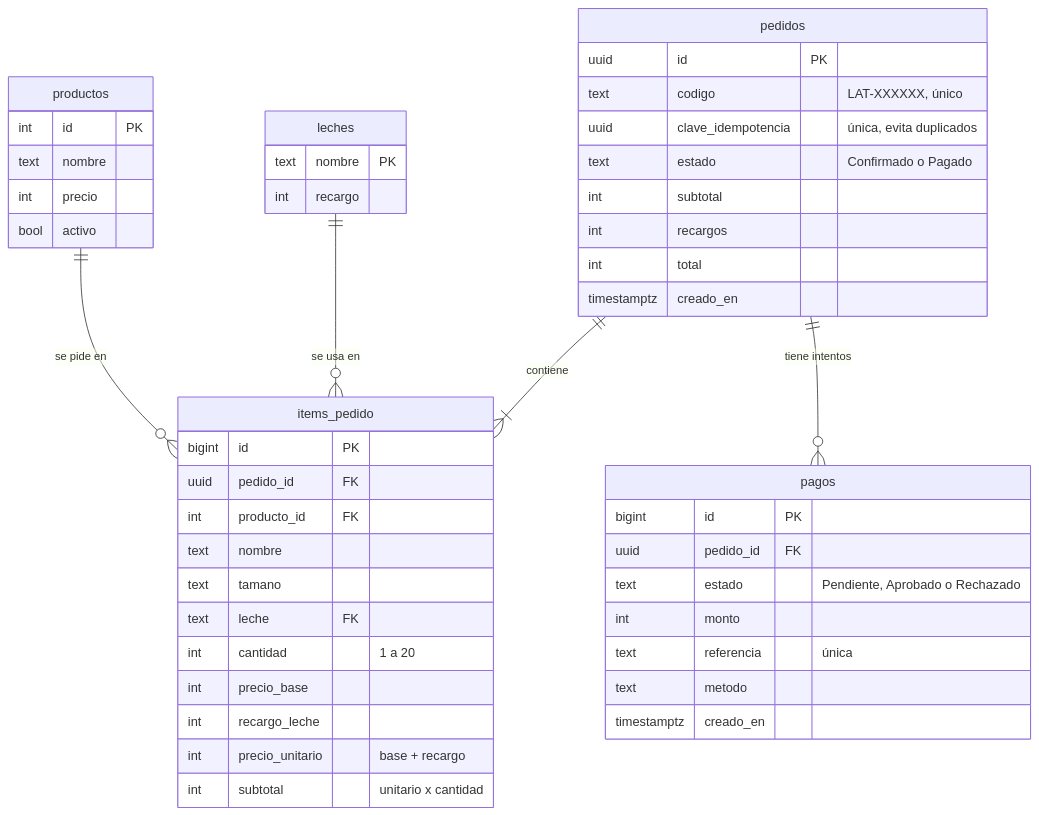
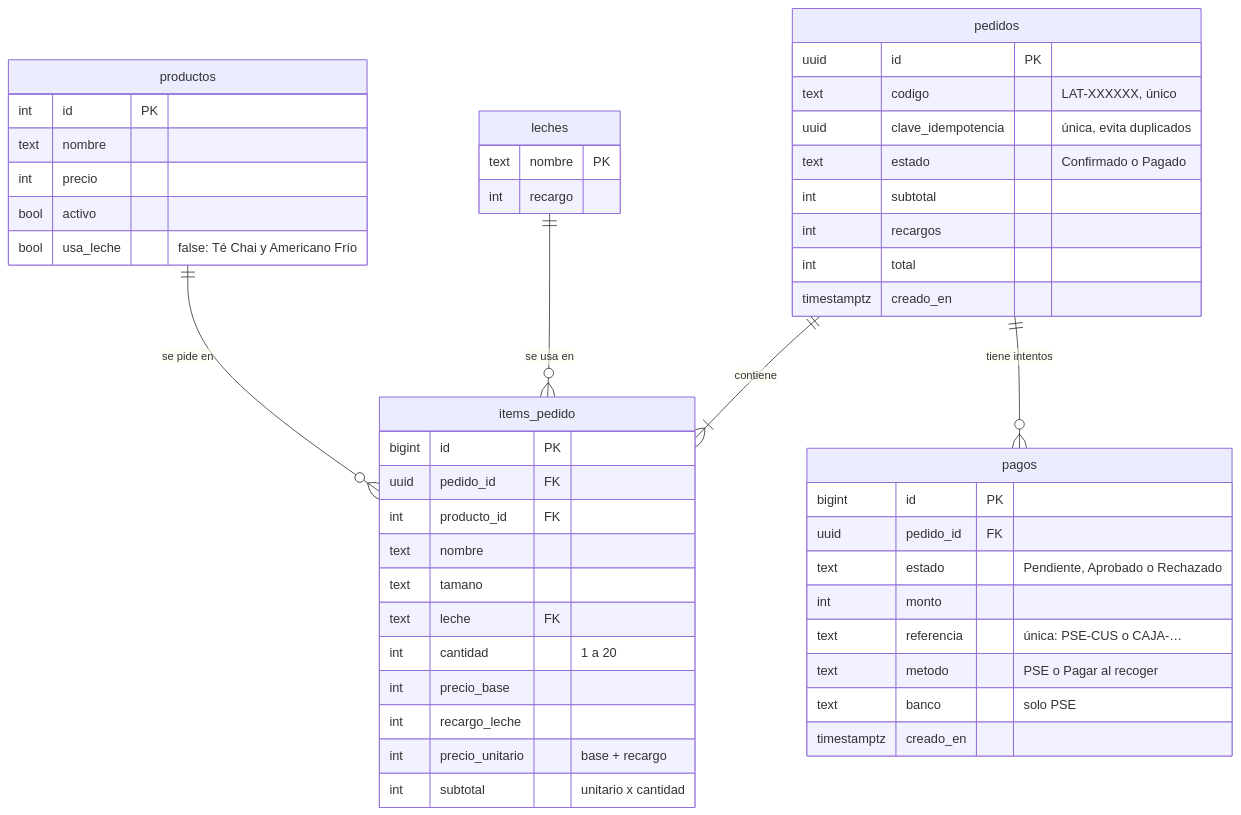
Before and after one commit to Jhoser1801/Gerencia-de-Software-: the second of 5 diagrams in docs/ARQUITECTURA.md, drawn with Mermaid. The commit also changed other lines of this file and 14 other files, not shown here.

First line of the commit message:
Pago con PSE en vez de transferencia con referencia; Té Chai y Americano Frío sin leche

````diff
--- a/docs/ARQUITECTURA.md
+++ b/docs/ARQUITECTURA.md
@@ -55,40 +55,42 @@
 ```mermaid
 erDiagram
   productos ||--o{ items_pedido : "se pide en"
   leches ||--o{ items_pedido : "se usa en"
   pedidos ||--|{ items_pedido : contiene
   pedidos ||--o{ pagos : "tiene intentos"
 
   productos { int id PK
     text nombre
     int precio
-    bool activo }
+    bool activo
+    bool usa_leche "false: Té Chai y Americano Frío" }
   leches { text nombre PK
     int recargo }
   pedidos { uuid id PK
     text codigo "LAT-XXXXXX, único"
     uuid clave_idempotencia "única, evita duplicados"
     text estado "Confirmado o Pagado"
     int subtotal
     int recargos
     int total
     timestamptz creado_en }
   items_pedido { bigint id PK
     uuid pedido_id FK
     int producto_id FK
     text nombre
     text tamano
     text leche FK
     int cantidad "1 a 20"
     int precio_base
     int recargo_leche
     int precio_unitario "base + recargo"
     int subtotal "unitario x cantidad" }
   pagos { bigint id PK
     uuid pedido_id FK
     text estado "Pendiente, Aprobado o Rechazado"
     int monto
-    text referencia "única"
-    text metodo
+    text referencia "única: PSE-CUS o CAJA-…"
+    text metodo "PSE o Pagar al recoger"
+    text banco "solo PSE"
     timestamptz creado_en }
 ```
````
